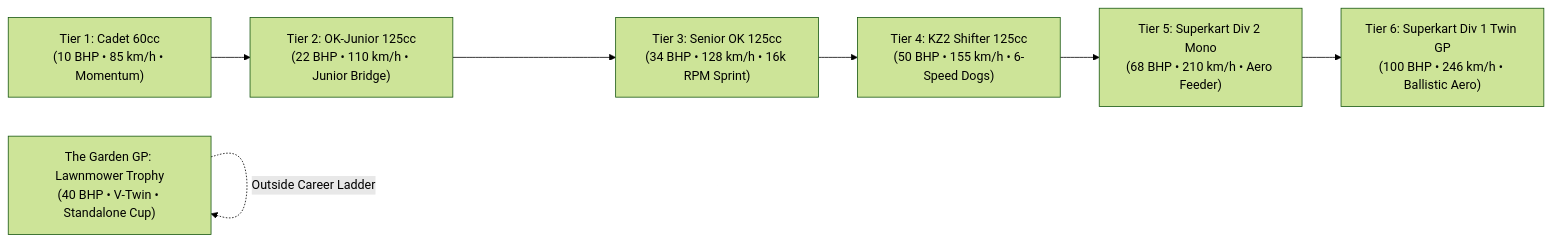
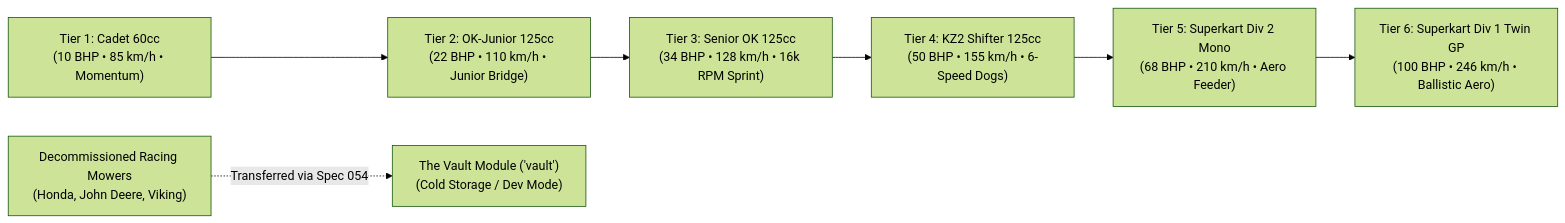
The first of 2 diagrams in specs/052_karting_6tier_career_progression_and_standalone_garden_gp.md (magomar/tdrace), drawn with Mermaid (forest theme) before and after one commit. The commit also changed other lines of this file and 3 other files, not shown here.

````diff
--- a/specs/052_karting_6tier_career_progression_and_standalone_garden_gp.md
+++ b/specs/052_karting_6tier_career_progression_and_standalone_garden_gp.md
@@ -33,10 +38,10 @@
 ```mermaid
 flowchart LR
     T1["Tier 1: Cadet 60cc\n(10 BHP • 85 km/h • Momentum)"] --> T2["Tier 2: OK-Junior 125cc\n(22 BHP • 110 km/h • Junior Bridge)"]
     T2 --> T3["Tier 3: Senior OK 125cc\n(34 BHP • 128 km/h • 16k RPM Sprint)"]
     T3 --> T4["Tier 4: KZ2 Shifter 125cc\n(50 BHP • 155 km/h • 6-Speed Dogs)"]
     T4 --> T5["Tier 5: Superkart Div 2 Mono\n(68 BHP • 210 km/h • Aero Feeder)"]
     T5 --> T6["Tier 6: Superkart Div 1 Twin GP\n(100 BHP • 246 km/h • Ballistic Aero)"]
 
-    H["The Garden GP: Lawnmower Trophy\n(40 BHP • V-Twin • Standalone Cup)"] -.->|Outside Career Ladder| H
+    MOWERS["Decommissioned Racing Mowers\n(Honda, John Deere, Viking)"] -.->|Transferred via Spec 054| VAULT["The Vault Module ('vault')\n(Cold Storage / Dev Mode)"]
 ```
````
